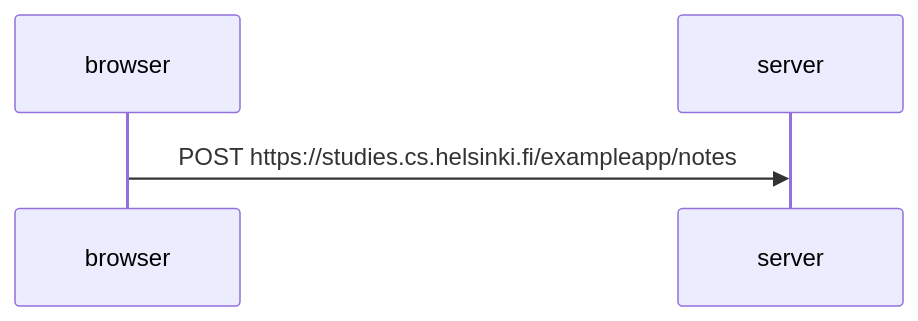
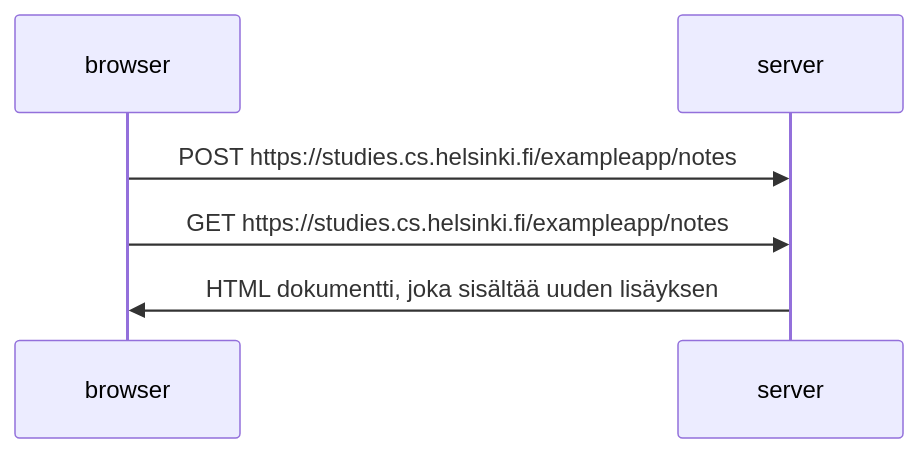
The diagram in osa0/tehtävä4.md (kapasko/Full-Stack-repositorio), drawn with Mermaid before and after one commit.

Commit message:
muutoksia...

````diff
--- a/osa0/tehtävä4.md
+++ b/osa0/tehtävä4.md
@@ -1,8 +1,10 @@
 ```mermaid
 sequenceDiagram
 	participant browser
 	participant server
 
 	browser->>server: POST https://studies.cs.helsinki.fi/exampleapp/notes
-	activate server
+	browser->>server: GET https://studies.cs.helsinki.fi/exampleapp/notes
+	server->>browser: HTML dokumentti, joka sisältää uuden lisäyksen
+	
 ```
````
